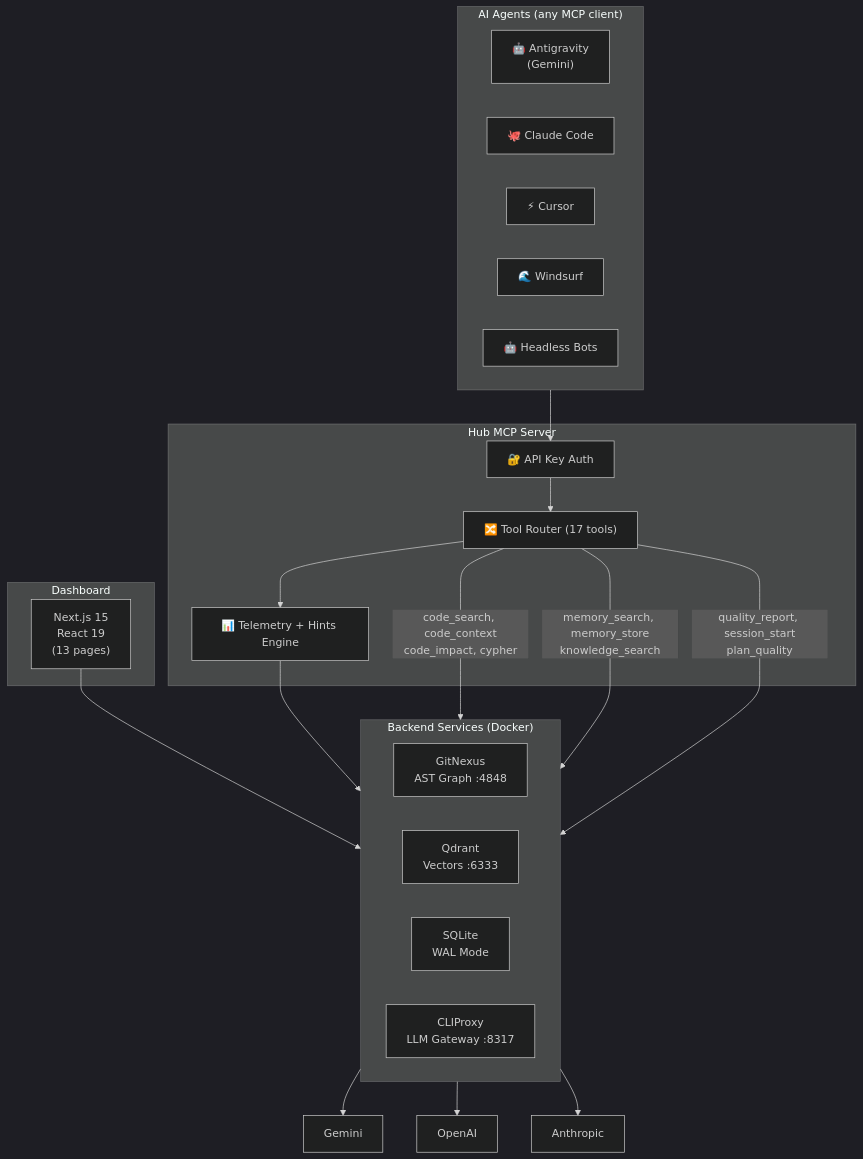
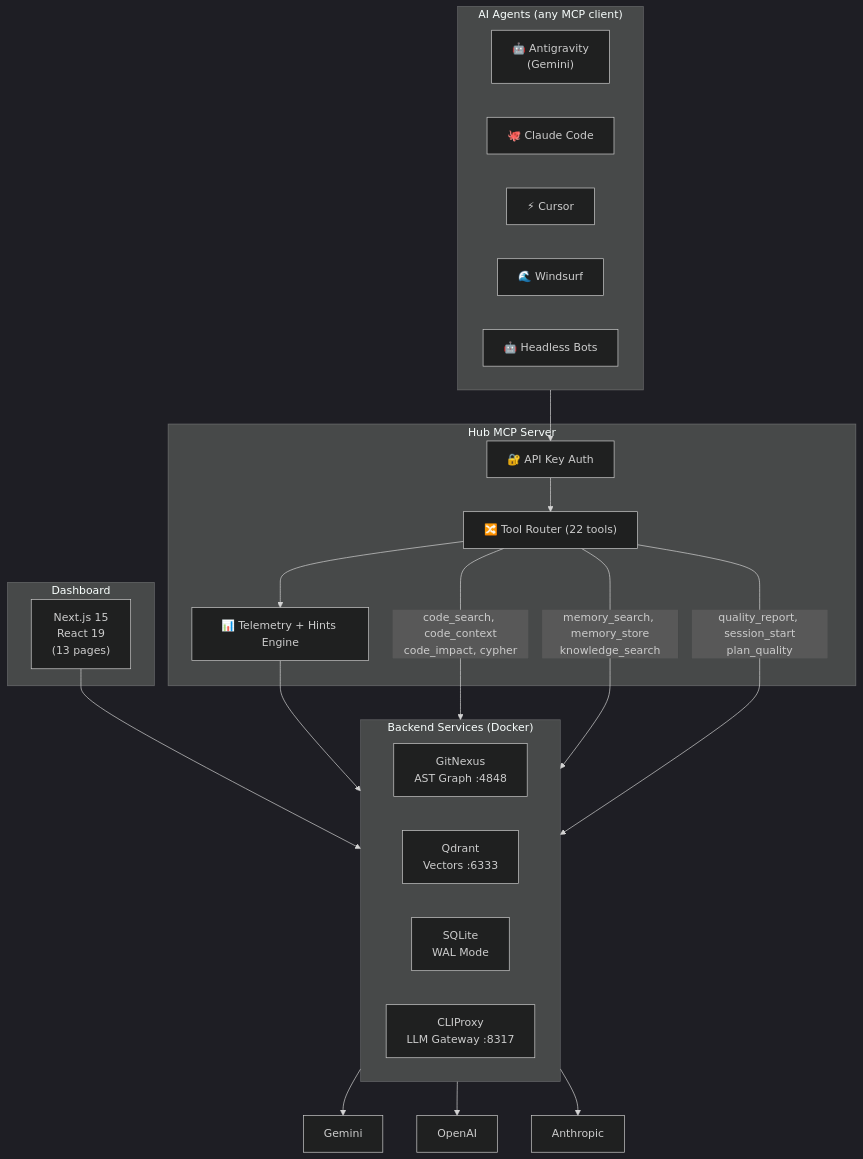
The diagram in README.md (ngojclee/cortex-hub), drawn with Mermaid (dark theme) before and after one commit. The commit also changed other lines of this file, not shown here.

````diff
--- a/README.md
+++ b/README.md
@@ -71,36 +71,36 @@
 ```mermaid
 graph TB
     subgraph Agents["AI Agents (any MCP client)"]
         AG["🤖 Antigravity<br/>(Gemini)"]
         CC["🐙 Claude Code"]
         CU["⚡ Cursor"]
         WS["🌊 Windsurf"]
         BOT["🤖 Headless Bots"]
     end
 
     subgraph Gateway["Hub MCP Server"]
         AUTH["🔐 API Key Auth"]
-        ROUTER["🔀 Tool Router (17 tools)"]
+        ROUTER["🔀 Tool Router (22 tools)"]
         TEL["📊 Telemetry + Hints Engine"]
     end
 
     subgraph Services["Backend Services (Docker)"]
         direction LR
         GN["GitNexus<br/>AST Graph :4848"]
         QD["Qdrant<br/>Vectors :6333"]
         DB["SQLite<br/>WAL Mode"]
         CLIP["CLIProxy<br/>LLM Gateway :8317"]
     end
 
     subgraph Frontend["Dashboard"]
         DASH["Next.js 15<br/>React 19<br/>(13 pages)"]
     end
 
     Agents --> AUTH --> ROUTER --> TEL
     TEL --> Services
     ROUTER -->|"code_search, code_context<br/>code_impact, cypher"| GN
     ROUTER -->|"memory_search, memory_store<br/>knowledge_search"| QD
     ROUTER -->|"quality_report, session_start<br/>plan_quality"| DB
     CLIP --> GEM["Gemini"] & OAI["OpenAI"] & ANT["Anthropic"]
     DASH --> DB
 ```
````
